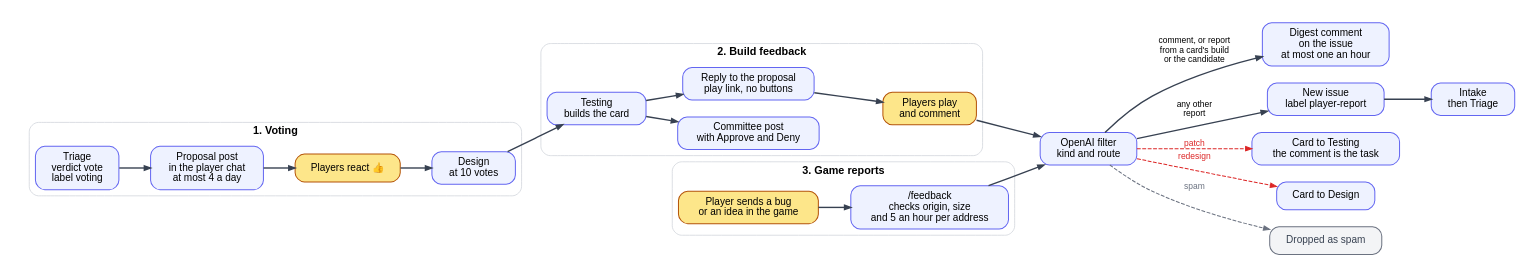
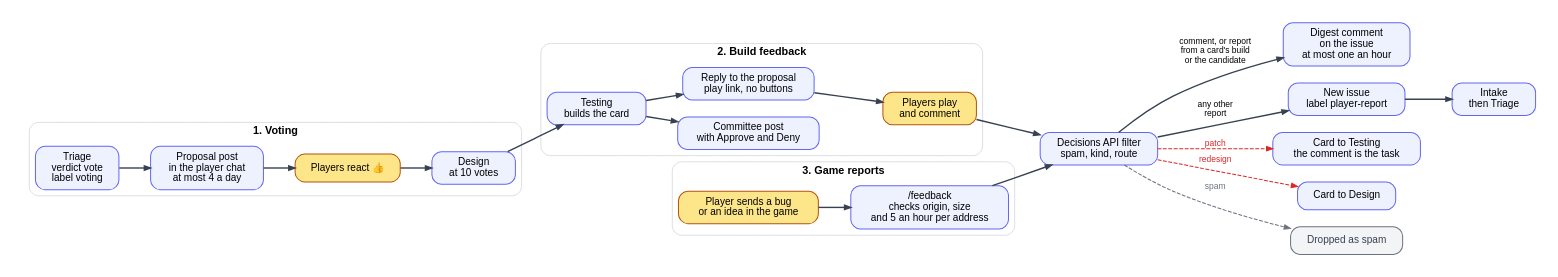
The diagram in factory/docs/diagrams/public.dot (ROAM-game-org/road-machiners), drawn with Graphviz before and after one commit. The commit also changed 15 other files, not shown here.

Commit message:
The filter asks OpenAI's Decisions API three fixed questions instead of prompting a chat model

```diff
--- a/factory/docs/diagrams/public.dot
+++ b/factory/docs/diagrams/public.dot
@@ -1,54 +1,54 @@
 // Public inputs: voting, build feedback and game reports. Black: normal path. Red: loops back. Grey: leaves the flow. Yellow: waits for people.
 digraph public {
   rankdir=LR; nodesep=0.3; ranksep=0.55; bgcolor=white; pad=0.3; newrank=true;
   node [shape=box, style="rounded,filled", fillcolor="#eef2ff", color="#6366f1", fontname="Helvetica", fontsize=13, margin="0.2,0.1", penwidth=1.3, width=1.5];
   edge [color="#374151", penwidth=1.8, arrowsize=0.8, fontname="Helvetica", fontsize=11];
 
   subgraph cluster_vote {
     label="1. Voting"; fontname="Helvetica-Bold"; fontsize=14; color="#d1d5db"; style=rounded;
     triage [label="Triage\nverdict vote\nlabel voting"];
     proposal [label="Proposal post\nin the player chat\nat most 4 a day"];
     votes [label="Players react 👍", fillcolor="#fde68a", color="#b45309"];
     design [label="Design\nat 10 votes"];
     triage -> proposal -> votes -> design;
   }
 
   subgraph cluster_build {
     label="2. Build feedback"; fontname="Helvetica-Bold"; fontsize=14; color="#d1d5db"; style=rounded;
     testing [label="Testing\nbuilds the card"];
     committeePost [label="Committee post\nwith Approve and Deny"];
     reply [label="Reply to the proposal\nplay link, no buttons"];
     comment [label="Players play\nand comment", fillcolor="#fde68a", color="#b45309"];
     testing -> committeePost;
     testing -> reply -> comment;
   }
 
   subgraph cluster_report {
     label="3. Game reports"; fontname="Helvetica-Bold"; fontsize=14; color="#d1d5db"; style=rounded;
     form [label="Player sends a bug\nor an idea in the game", fillcolor="#fde68a", color="#b45309"];
     feedback [label="/feedback\nchecks origin, size\nand 5 an hour per address"];
     form -> feedback;
   }
 
-  filter [label="OpenAI filter\nkind and route"];
+  filter [label="Decisions API filter\nspam, kind, route"];
   digest [label="Digest comment\non the issue\nat most one an hour"];
   newIssue [label="New issue\nlabel player-report"];
   intake [label="Intake\nthen Triage"];
   patch [label="Card to Testing\nthe comment is the task"];
   redesign [label="Card to Design"];
   rejected [label="Dropped as spam", fillcolor="#f3f4f6", color="#6b7280", fontcolor="#374151"];
 
   design -> testing [weight=0];
   comment -> filter;
   feedback -> filter;
   filter -> digest [label="comment, or report\nfrom a card's build\nor the candidate"];
   filter -> newIssue [label="any other\nreport"];
   newIssue -> intake;
 
   edge [color="#dc2626", fontcolor="#dc2626", style=dashed, penwidth=1.3];
   filter -> patch [label="patch"];
   filter -> redesign [label="redesign"];
 
   edge [color="#6b7280", fontcolor="#6b7280", style=dashed, penwidth=1.3];
   filter -> rejected [label="spam"];
 }
```
